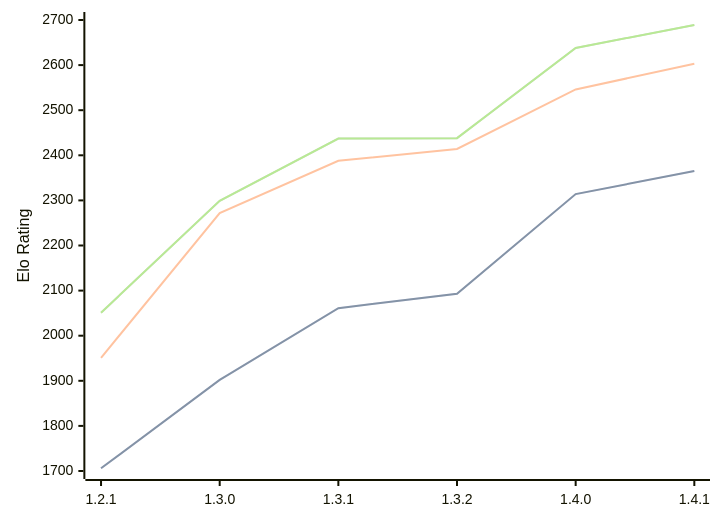
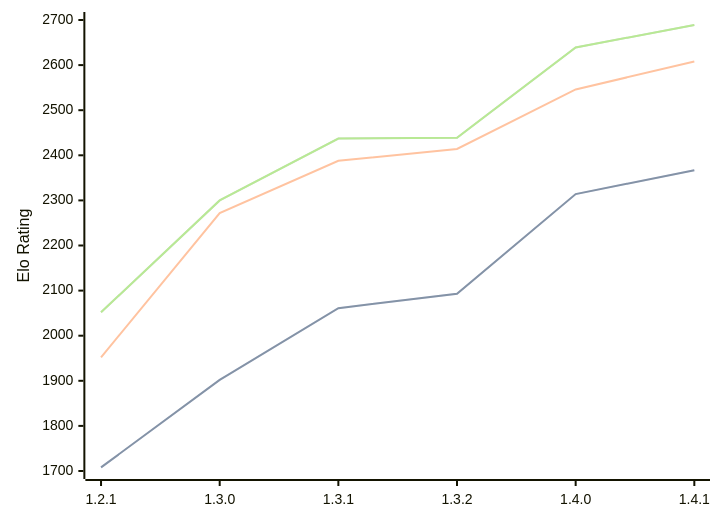
The diagram in engines/Chal.md (computer-chess-index/cci), drawn with Mermaid before and after one commit. The commit also changed other lines of this file, not shown here.

Commit message:
Update CCI Ratings (ELO VLTC) - 2026-05-17

````diff
--- a/engines/Chal.md
+++ b/engines/Chal.md
@@ -39,11 +39,11 @@
 ```mermaid
 %%{init: {"theme":"base","themeVariables":{"seriesColors:['#a3a3a3','#222221','#faa371']}}}%%
 xychart-beta
   x-axis ["1.2.1", "1.3.0", "1.3.1", "1.3.2", "1.4.0", "1.4.1"]
   y-axis "Elo Rating" 1700 --> 2700
-  line "STC (8.0+0.08s)" [1706, 1902, 2061, 2093, 2314, 2365]
-  line "STC (8.0+0.08s)" [1706, 1902, 2061, 2093, 2314, 2365]
-  line "LTC (60.0+0.60s)" [1951, 2272, 2388, 2414, 2546, 2603]
-  line "VLTC (2m24s+1.12s)" [2051, 2299, 2437, 2438, 2638, 2689]
-  line "VLTC (2m24s+1.12s)" [2051, 2299, 2437, 2438, 2638, 2689]
+  line "STC (8.0+0.08s)" [1708, 1902, 2061, 2093, 2314, 2367]
+  line "STC (8.0+0.08s)" [1708, 1902, 2061, 2093, 2314, 2367]
+  line "LTC (60.0+0.60s)" [1952, 2272, 2388, 2414, 2546, 2608]
+  line "VLTC (2m24s+1.12s)" [2052, 2300, 2437, 2439, 2639, 2689]
+  line "VLTC (2m24s+1.12s)" [2052, 2300, 2437, 2439, 2639, 2689]
 ```
````
